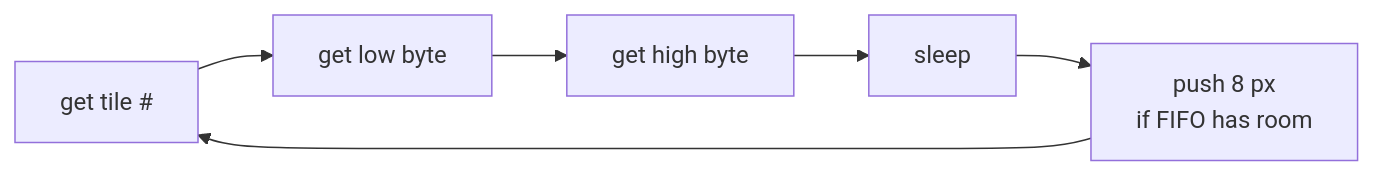
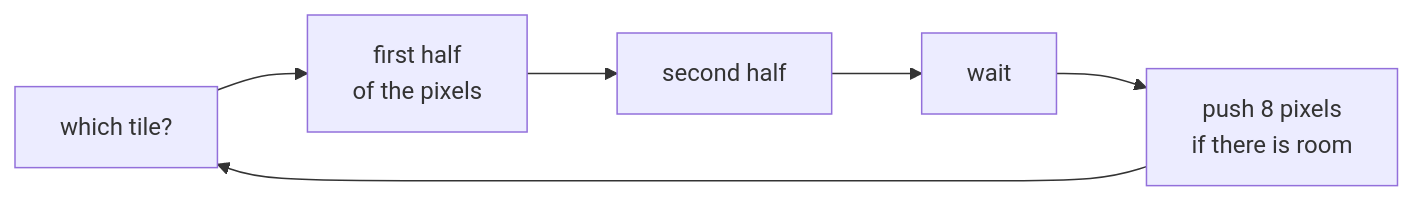
Before and after one commit to dudustri/rustboy-color: diagram 11 of 16 in docs/architecture.md, drawn with Mermaid. The commit also changed other lines of this file and 17 other files, not shown here.

````diff
--- a/docs/architecture.md
+++ b/docs/architecture.md
@@ -290,4 +305,9 @@
 ```mermaid
+%%{init: {"flowchart": {"nodeSpacing": 45, "rankSpacing": 60}}}%%
 flowchart LR
-    A["get tile #"] --> B["get low byte"] --> C["get high byte"] --> D["sleep"] --> E["push 8 px<br/>if FIFO has room"] --> A
+    A["which tile?"] --> B["first half<br/>of the pixels"]
+    B --> C["second half"]
+    C --> D["wait"]
+    D --> E["push 8 pixels<br/>if there is room"]
+    E --> A
 ```
````
